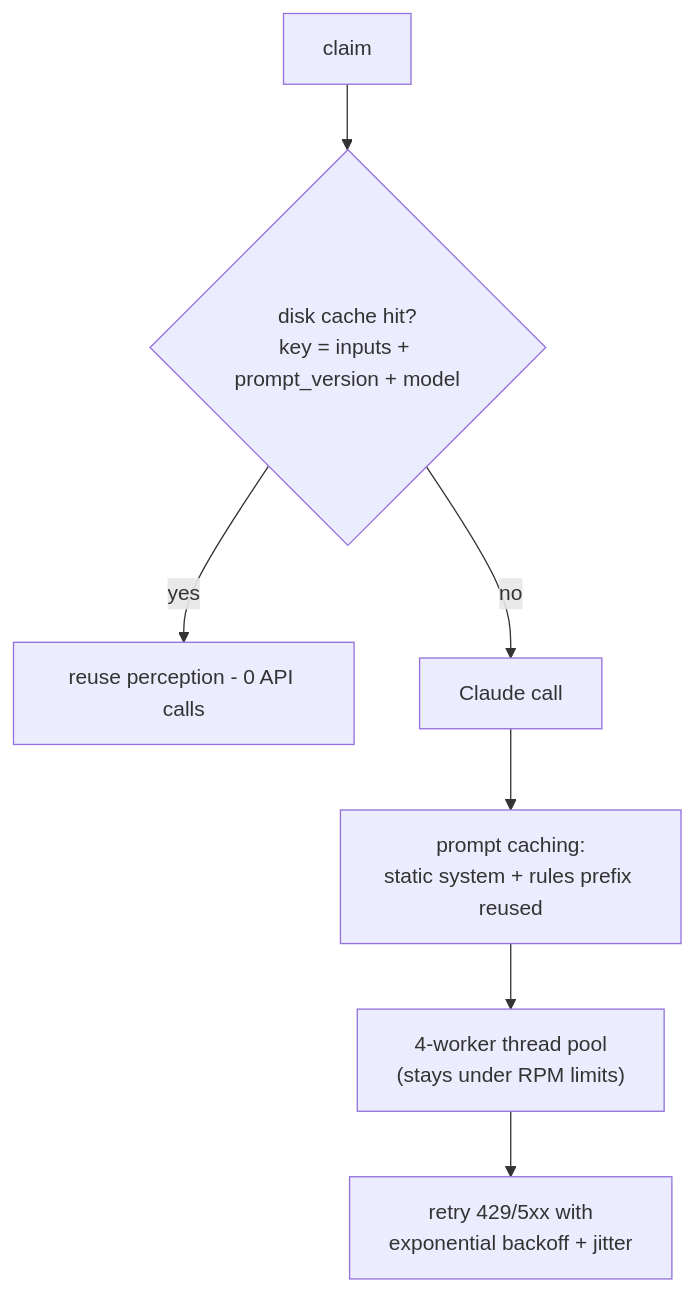
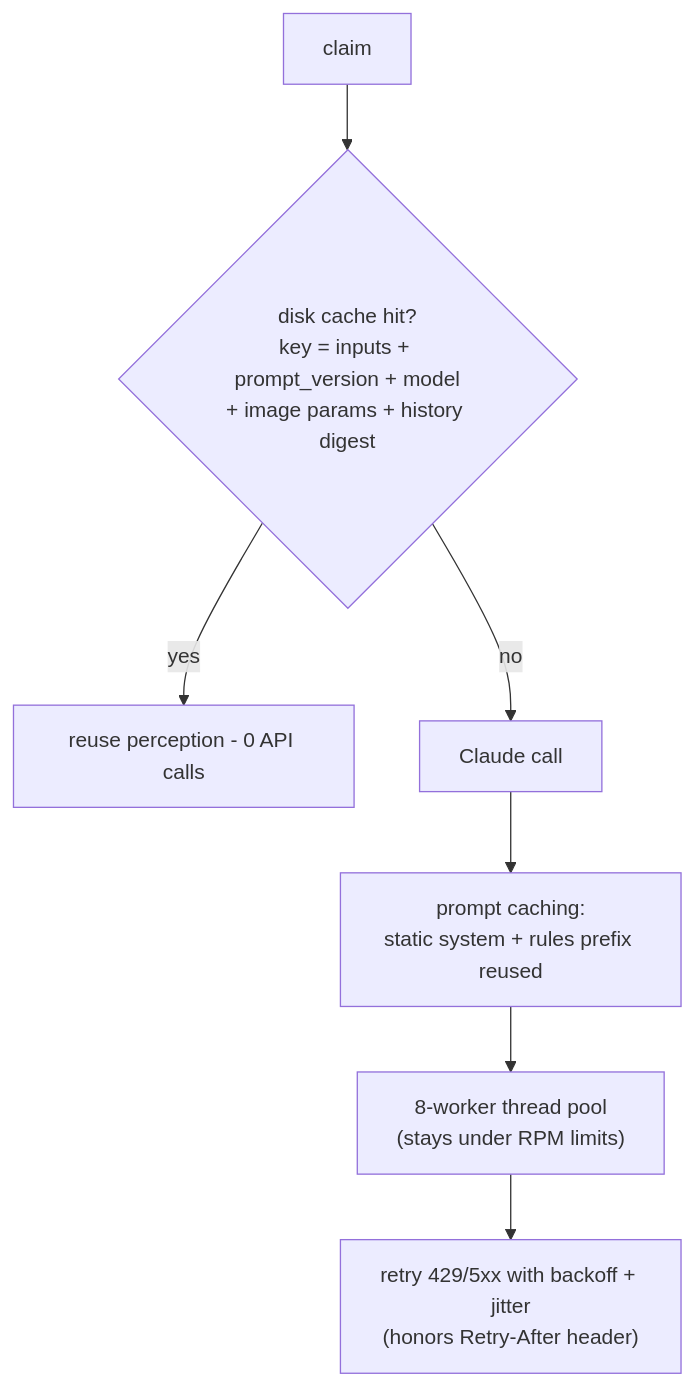
Before and after one commit to vishalp-65/hackerrank-orchestrate-june26: the sixth of 7 diagrams in code/README.md, drawn with Mermaid. The commit also changed other lines of this file, not shown here.

Commit message:
feat: enhance output writer for injection safety and improve thread pool management in README

````diff
--- a/code/README.md
+++ b/code/README.md
@@ -274,9 +287,9 @@
 ```mermaid
 flowchart TD
-    REQ["claim"] --> DC{"disk cache hit?<br/>key = inputs + prompt_version + model"}
+    REQ["claim"] --> DC{"disk cache hit?<br/>key = inputs + prompt_version + model<br/>+ image params + history digest"}
     DC -->|"yes"| FREE["reuse perception - 0 API calls"]
     DC -->|"no"| CALL["Claude call"]
     CALL --> PC["prompt caching:<br/>static system + rules prefix reused"]
-    PC --> POOL["4-worker thread pool<br/>(stays under RPM limits)"]
-    POOL --> RETRY["retry 429/5xx with<br/>exponential backoff + jitter"]
+    PC --> POOL["8-worker thread pool<br/>(stays under RPM limits)"]
+    POOL --> RETRY["retry 429/5xx with backoff + jitter<br/>(honors Retry-After header)"]
 ```
````
